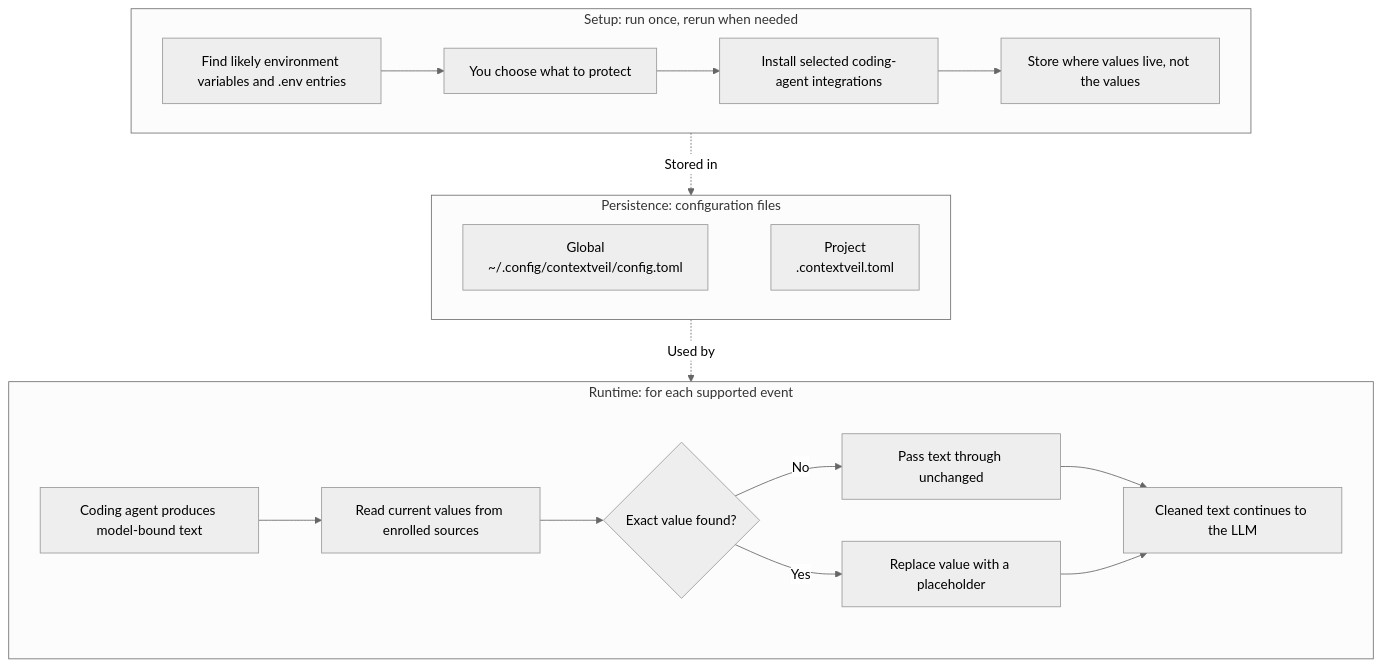
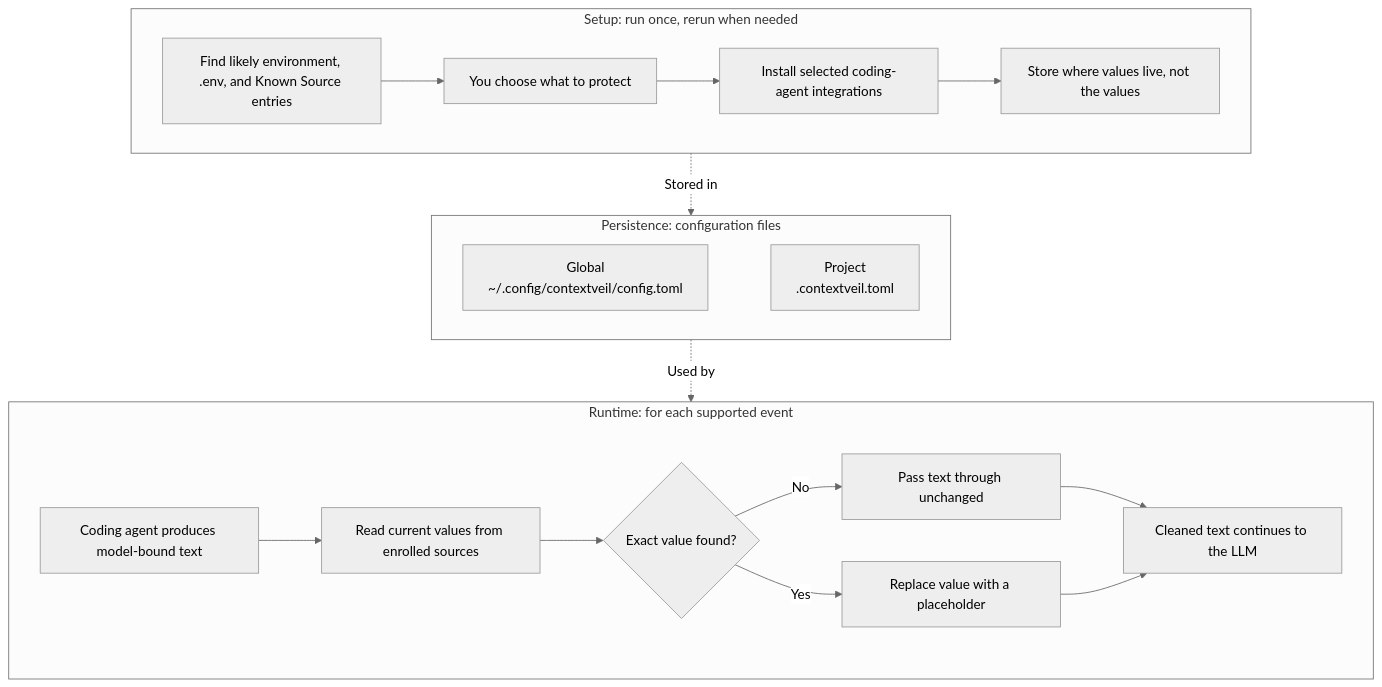
Before and after one commit to daniel-sc/contextveil: the diagram in README.md, drawn with Mermaid (neutral theme). The commit also changed other lines of this file and 15 other files, not shown here.

````diff
--- a/README.md
+++ b/README.md
@@ -55,35 +56,35 @@
 ```mermaid
 flowchart TD
     subgraph setup [Setup: run once, rerun when needed]
         direction LR
-        A[Find likely environment variables and .env entries]
+        A[Find likely environment, .env, and Known Source entries]
         B[You choose what to protect]
         C[Install selected coding-agent integrations]
         D[Store where values live, not the values]
         A --> B --> C --> D
     end
 
 
     subgraph persistence [Persistence: configuration files]
       direction LR
       X[Global<br>~/.config/contextveil/config.toml]
       Y[Project<br>.contextveil.toml]
       X ~~~ Y
     end
 
     subgraph runtime [Runtime: for each supported event]
         direction LR
         E[Coding agent produces model-bound text]
         F[Read current values from enrolled sources]
         G{Exact value found?}
         H[Pass text through unchanged]
         I[Replace value with a placeholder]
         J[Cleaned text continues to the LLM]
         E --> F --> G
         G -- No --> H --> J
         G -- Yes --> I --> J
     end
 
     setup -. Stored in .-> persistence
     persistence -. Used by .-> runtime
 ```
````
